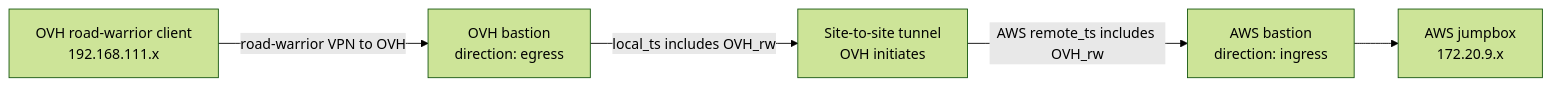
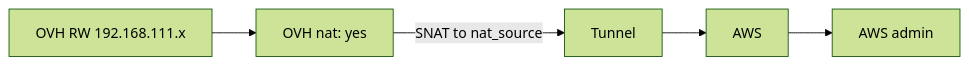
One commit to novassist-ai/mycs-node changed the fifth of 5 diagrams in image/docs/vpn-gateway-design.md. Above: the diagram before and after it, drawn with Mermaid (forest theme). The commit also changed other lines of this file and 24 other files, not shown here.

First line of the commit message:
Add VPN gateway NAT configuration and documentation updates

````diff
--- a/image/docs/vpn-gateway-design.md
+++ b/image/docs/vpn-gateway-design.md
@@ -487,13 +246,13 @@
 ```mermaid
 flowchart LR
-  RW[OVH road-warrior client<br/>192.168.111.x]
-  OVH[OVH bastion<br/>direction: egress]
-  T[Site-to-site tunnel<br/>OVH initiates]
-  AWS[AWS bastion<br/>direction: ingress]
-  J[AWS jumpbox<br/>172.20.9.x]
+  RW[OVH RW 192.168.111.x]
+  OVH[OVH nat: yes]
+  T[Tunnel]
+  AWS[AWS]
+  J[AWS admin]
 
-  RW -->|road-warrior VPN to OVH| OVH
-  OVH -->|local_ts includes OVH_rw| T
-  T -->|AWS remote_ts includes OVH_rw| AWS
+  RW --> OVH
+  OVH -->|SNAT to nat_source| T
+  T --> AWS
   AWS --> J
 ```
````
